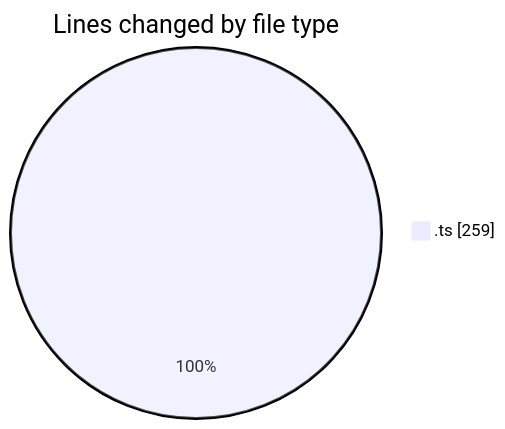
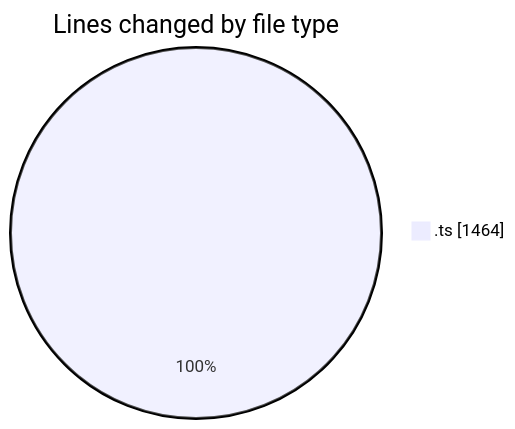
The first of 2 diagrams in 2025-11-27/cda/README.md (momahboobian/code-tracking), drawn with Mermaid before and after one commit. The commit also changed other lines of this file and 1 other file, not shown here.

````diff
--- a/2025-11-27/cda/README.md
+++ b/2025-11-27/cda/README.md
@@ -21,5 +21,5 @@
 ```mermaid
 pie showData
 title Lines changed by file type
-".ts" : 259
+".ts" : 1464
 ```
````
